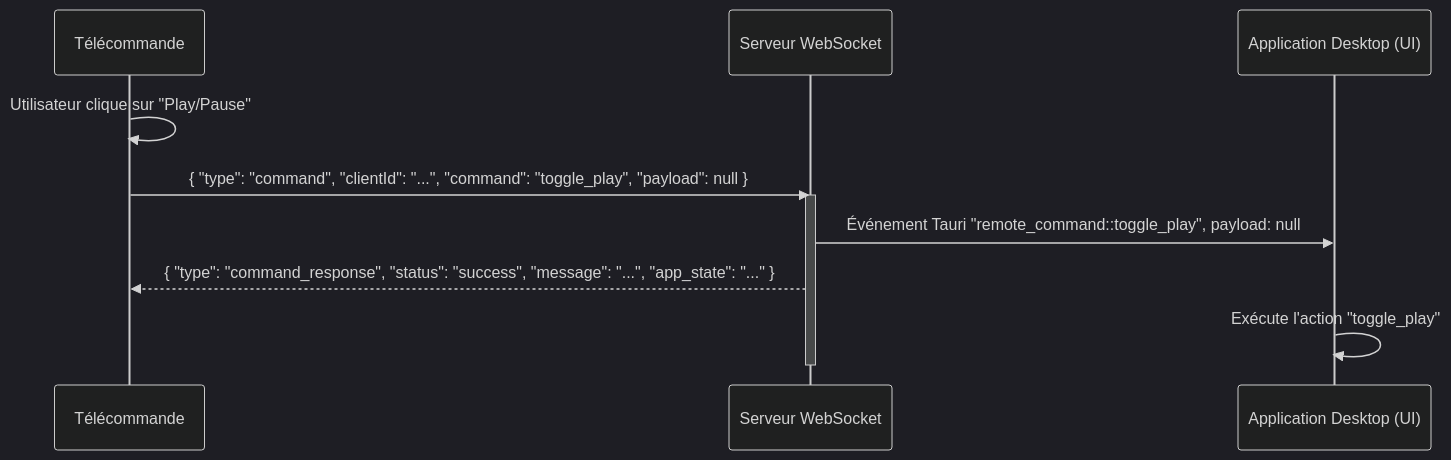
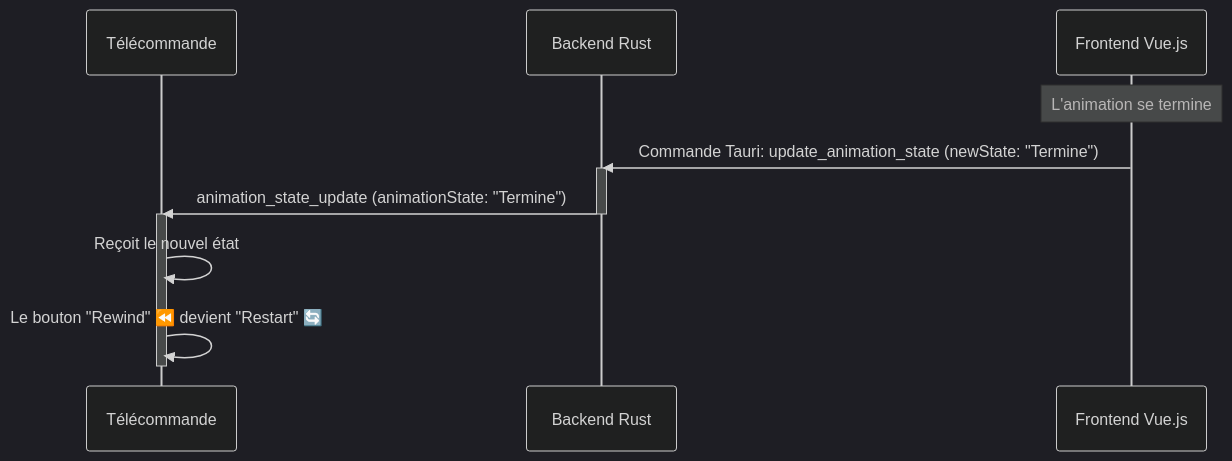
The second of 3 diagrams in documentation/remote_interface_spec.md (JMBaubet/VisuGPS), drawn with Mermaid (dark theme) before and after one commit. The commit also changed other lines of this file and 1 other file, not shown here.

First line of the commit message:
docs: Mise à jour détaillée de la documentation de la télécommande

````diff
--- a/documentation/remote_interface_spec.md
+++ b/documentation/remote_interface_spec.md
@@ -187,14 +174,17 @@
 ```mermaid
 sequenceDiagram
-    participant Client as Télécommande
-    participant Server as Serveur WebSocket
-    participant DesktopUI as Application Desktop (UI)
+    participant RC as Télécommande
+    participant Server as Backend Rust
+    participant DesktopUI as Frontend Vue.js
 
-    Client->>Client: Utilisateur clique sur "Play/Pause"
-    Client->>Server: { "type": "command", "clientId": "...", "command": "toggle_play", "payload": null }
+    Note over DesktopUI: L'animation se termine
+    DesktopUI->>Server: Commande Tauri: update_animation_state (newState: "Termine")
     activate Server
-    Server->>DesktopUI: Événement Tauri "remote_command::toggle_play", payload: null
-    Server-->>Client: { "type": "command_response", "status": "success", "message": "...", "app_state": "..." }
-    DesktopUI->>DesktopUI: Exécute l'action "toggle_play"
+    Server->>RC: animation_state_update (animationState: "Termine")
     deactivate Server
+    
+    activate RC
+    RC->>RC: Reçoit le nouvel état
+    RC->>RC: Le bouton "Rewind" ⏪ devient "Restart" 🔄
+    deactivate RC
 ```
````
